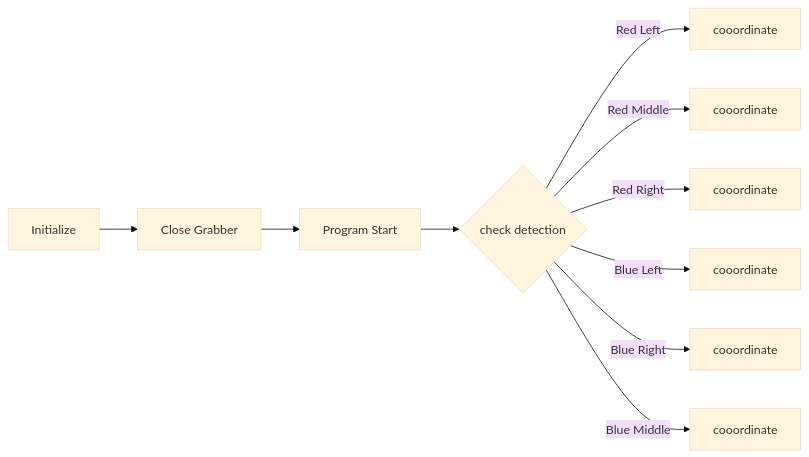
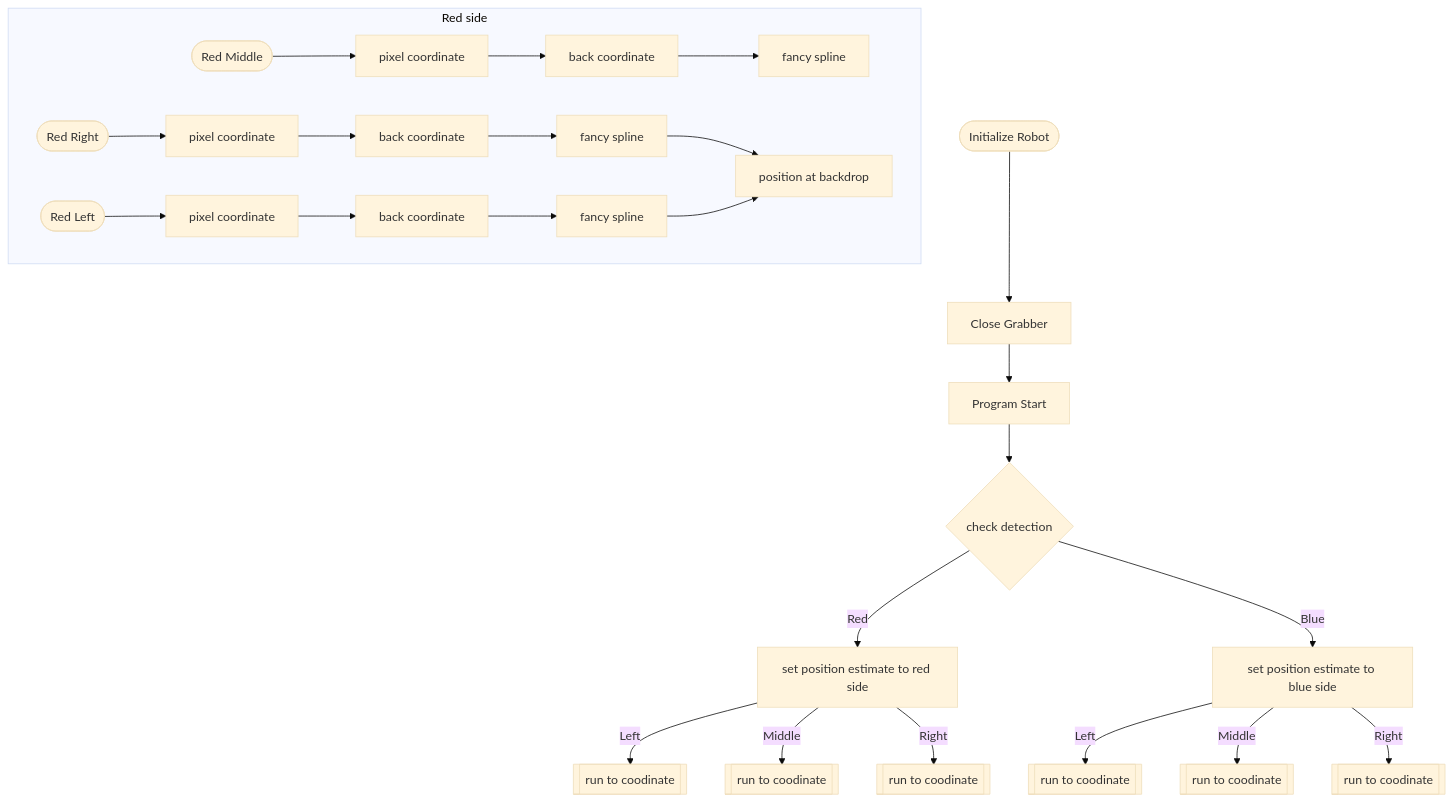
One commit to MammothMCII/MammothMCIICenterStage18203 changed the diagram in README.md. Above: the diagram before and after it, drawn with Mermaid (base theme).

````diff
--- a/README.md
+++ b/README.md
@@ -18,12 +18,32 @@
 ```mermaid
-graph LR
-Initialize --> a[Close Grabber]
+graph TD
+Initialize([Initialize Robot]) --> a[Close Grabber]
 a --> b[Program Start]
 b --> c{check detection}
-c -- Red Left --> d[cooordinate]
-c -- Red Middle --> e[cooordinate]
-c -- Red Right --> f[cooordinate]
-c -- Blue Left --> g[cooordinate]
-c -- Blue Right --> h[cooordinate]
-c -- Blue Middle --> i[cooordinate]
+c -- Red --> d[set position estimate to red side]
+d -- Left --> rl[[run to coodinate]]
+d -- Middle --> rm[[run to coodinate]]
+d -- Right --> rr[[run to coodinate]]
+
+c -- Blue --> e[set position estimate to blue side]
+e -- Left --> bl[[run to coodinate]]
+e -- Middle --> bm[[run to coodinate]]
+e -- Right --> br[[run to coodinate]]
+
+subgraph Red side
+RL([Red Left]) --> rl1[pixel coordinate]
+rl1 --> rl2[back coordinate]
+rl2 --> rl3[fancy spline]
+
+RM([Red Middle]) --> rm1[pixel coordinate]
+rm1 --> rm2[back coordinate]
+rm2 --> rm3[fancy spline]
+
+RR([Red Right]) --> rr1[pixel coordinate]
+rr1 --> rr2[back coordinate]
+rr2 --> rr3[fancy spline]
+
+rr3 & rl3 --> f[position at backdrop]
+end
+
 ```
````
